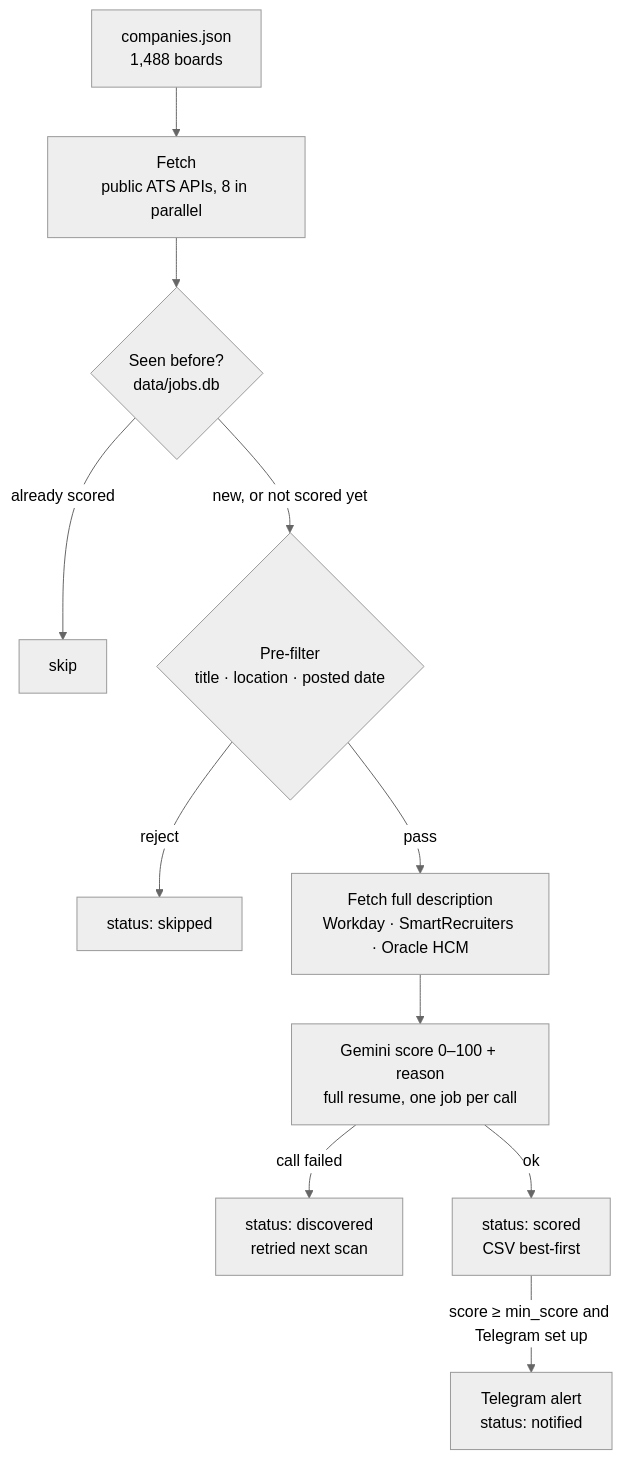
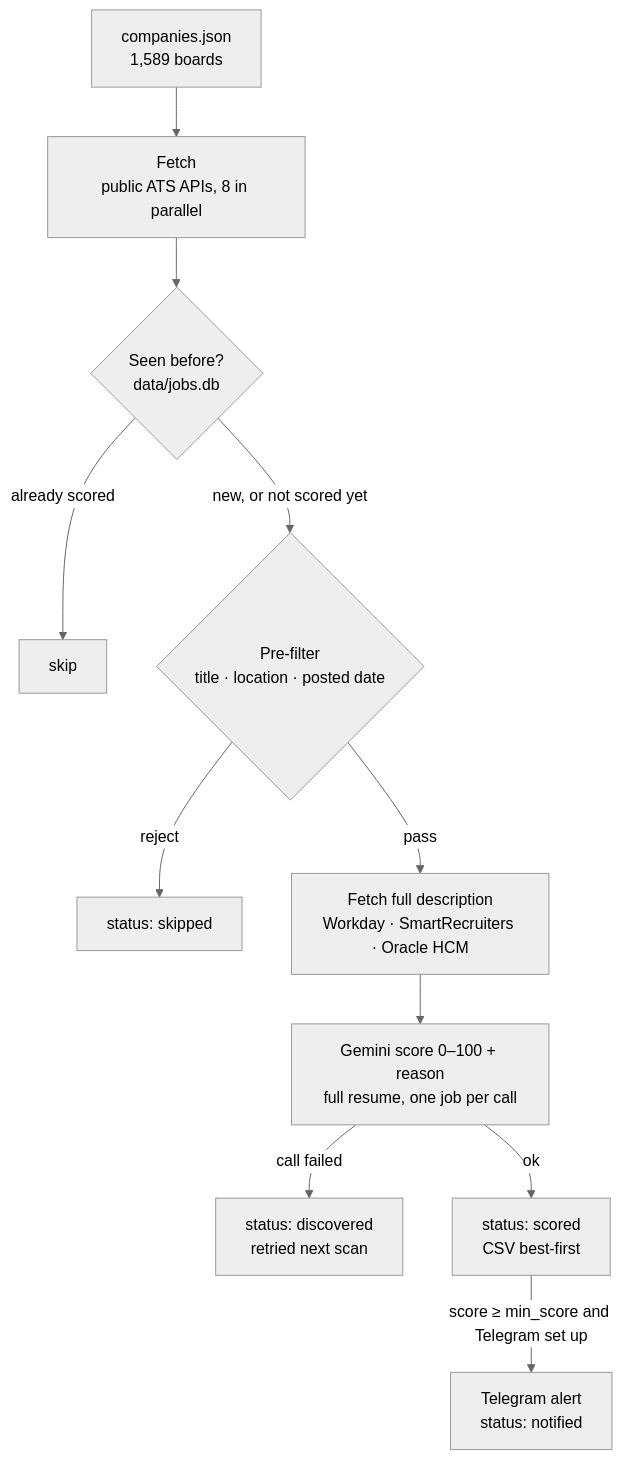
One commit to Manish814142/rolesight changed the diagram in README.md. Above: the diagram before and after it, drawn with Mermaid (neutral theme). The commit also changed other lines of this file and 4 other files, not shown here.

First line of the commit message:
T112: companies.json 1,488 -> 1,589 boards: +104 Oracle HCM employers, -3 earlier additions that no longer qualify

````diff
--- a/README.md
+++ b/README.md
@@ -85,13 +85,13 @@
 ```mermaid
 flowchart TD
-    C["companies.json<br/>1,488 boards"] --> F["Fetch<br/>public ATS APIs, 8 in parallel"]
+    C["companies.json<br/>1,589 boards"] --> F["Fetch<br/>public ATS APIs, 8 in parallel"]
     F --> D{"Seen before?<br/>data/jobs.db"}
     D -- "already scored" --> X["skip"]
     D -- "new, or not scored yet" --> P{"Pre-filter<br/>title · location · posted date"}
     P -- reject --> S["status: skipped"]
     P -- pass --> E["Fetch full description<br/>Workday · SmartRecruiters · Oracle HCM"]
     E --> G["Gemini score 0–100 + reason<br/>full resume, one job per call"]
     G -- "call failed" --> R["status: discovered<br/>retried next scan"]
     G -- ok --> O["status: scored<br/>CSV best-first"]
     O -- "score ≥ min_score and Telegram set up" --> T["Telegram alert<br/>status: notified"]
 ```
````
